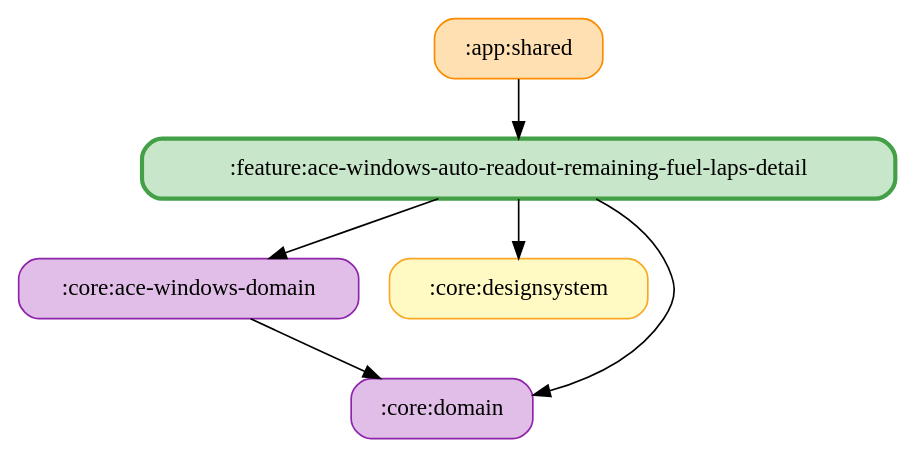
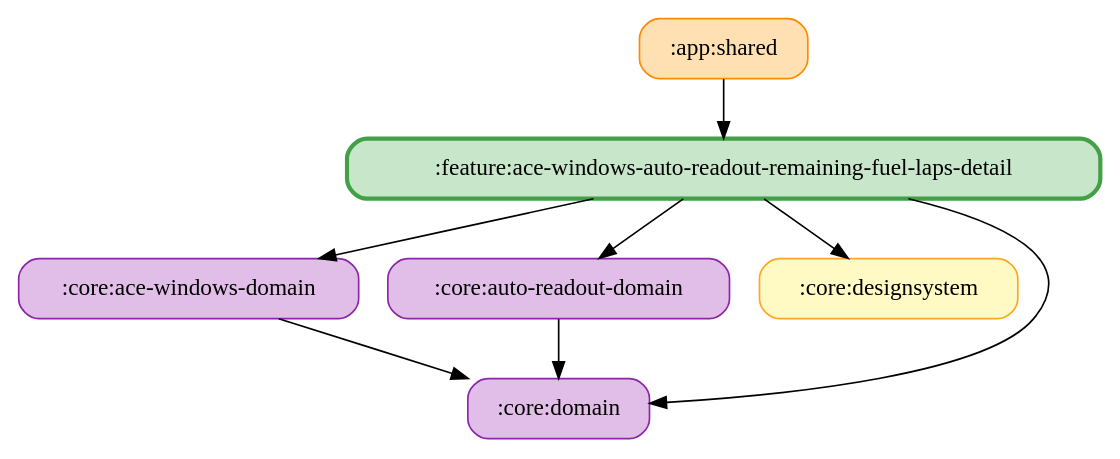
The diagram in docs/graphs/feature-ace-windows-auto-readout-remaining-fuel-laps-detail.gv (ai-kurou/KoDriver), drawn with Graphviz before and after one commit. The commit also changed 48 other files, not shown here.

Commit message:
chore: update module graph images

```diff
--- a/docs/graphs/feature-ace-windows-auto-readout-remaining-fuel-laps-detail.gv
+++ b/docs/graphs/feature-ace-windows-auto-readout-remaining-fuel-laps-detail.gv
@@ -1,14 +1,17 @@
 digraph G {
   rankdir=TB
   node [shape=box, style="rounded,filled"]
   ":app:shared" [fillcolor="#FFE0B2", color="#FB8C00", penwidth=1]
   ":core:ace-windows-domain" [fillcolor="#E1BEE7", color="#8E24AA", penwidth=1]
+  ":core:auto-readout-domain" [fillcolor="#E1BEE7", color="#8E24AA", penwidth=1]
   ":core:designsystem" [fillcolor="#FFF9C4", color="#F9A825", penwidth=1]
   ":core:domain" [fillcolor="#E1BEE7", color="#8E24AA", penwidth=1]
   ":feature:ace-windows-auto-readout-remaining-fuel-laps-detail" [fillcolor="#C8E6C9", color="#43A047", penwidth=2.5]
   ":app:shared" -> ":feature:ace-windows-auto-readout-remaining-fuel-laps-detail"
   ":core:ace-windows-domain" -> ":core:domain"
+  ":core:auto-readout-domain" -> ":core:domain"
   ":feature:ace-windows-auto-readout-remaining-fuel-laps-detail" -> ":core:domain"
+  ":feature:ace-windows-auto-readout-remaining-fuel-laps-detail" -> ":core:auto-readout-domain"
   ":feature:ace-windows-auto-readout-remaining-fuel-laps-detail" -> ":core:ace-windows-domain"
   ":feature:ace-windows-auto-readout-remaining-fuel-laps-detail" -> ":core:designsystem"
 }
```
